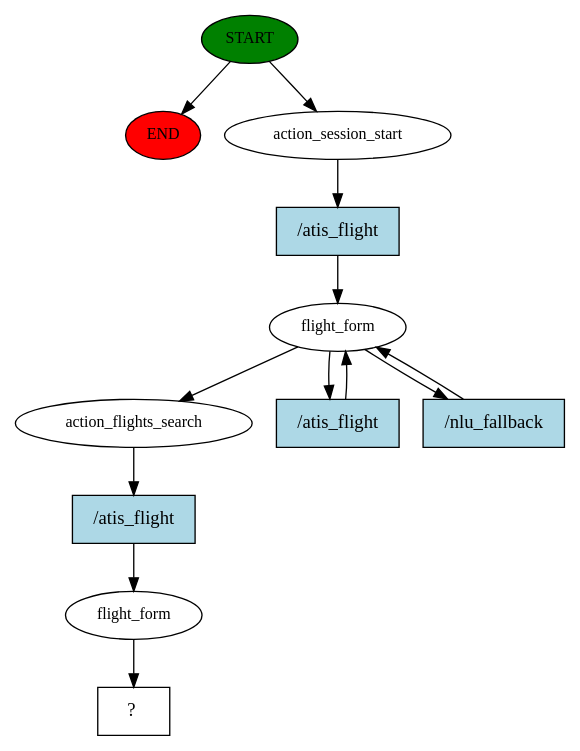
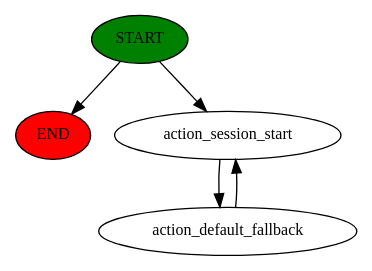
The diagram in rasa/story_graph.dot (v1lton/chatbot), drawn with Graphviz before and after one commit. The commit also changed 4 other files, not shown here.

```diff
--- a/rasa/story_graph.dot
+++ b/rasa/story_graph.dot
@@ -1,25 +1,10 @@
 digraph  {
 0 [class="start active", fillcolor=green, fontsize=12, label=START, style=filled];
 "-1" [class=end, fillcolor=red, fontsize=12, label=END, style=filled];
 1 [class=active, fontsize=12, label=action_session_start];
-2 [class=active, fontsize=12, label=flight_form];
-6 [class=active, fontsize=12, label=action_flights_search];
-7 [class=active, fontsize=12, label=flight_form];
-8 [class="intent dashed active", label="  ?  ", shape=rect];
-9 [class="intent active", fillcolor=lightblue, label="/atis_flight", shape=rect, style=filled];
-10 [class="intent active", fillcolor=lightblue, label="/atis_flight", shape=rect, style=filled];
-11 [class="intent active", fillcolor=lightblue, label="/nlu_fallback", shape=rect, style=filled];
-12 [class="intent active", fillcolor=lightblue, label="/atis_flight", shape=rect, style=filled];
+2 [class="active dashed", fontsize=12, label=action_default_fallback];
 0 -> "-1"  [class="", key=NONE, label=""];
 0 -> 1  [class=active, key=NONE, label=""];
-1 -> 9  [class=active, key=0];
-2 -> 6  [class=active, key=NONE, label=""];
-2 -> 10  [class=active, key=0];
-2 -> 11  [class=active, key=0];
-6 -> 12  [class=active, key=0];
-7 -> 8  [class=active, key=NONE, label=""];
-9 -> 2  [class=active, key=0];
-10 -> 2  [class=active, key=0];
-11 -> 2  [class=active, key=0];
-12 -> 7  [class=active, key=0];
+1 -> 2  [class=active, key=NONE, label=""];
+2 -> 1  [class=active, key=NONE, label=""];
 }
```
